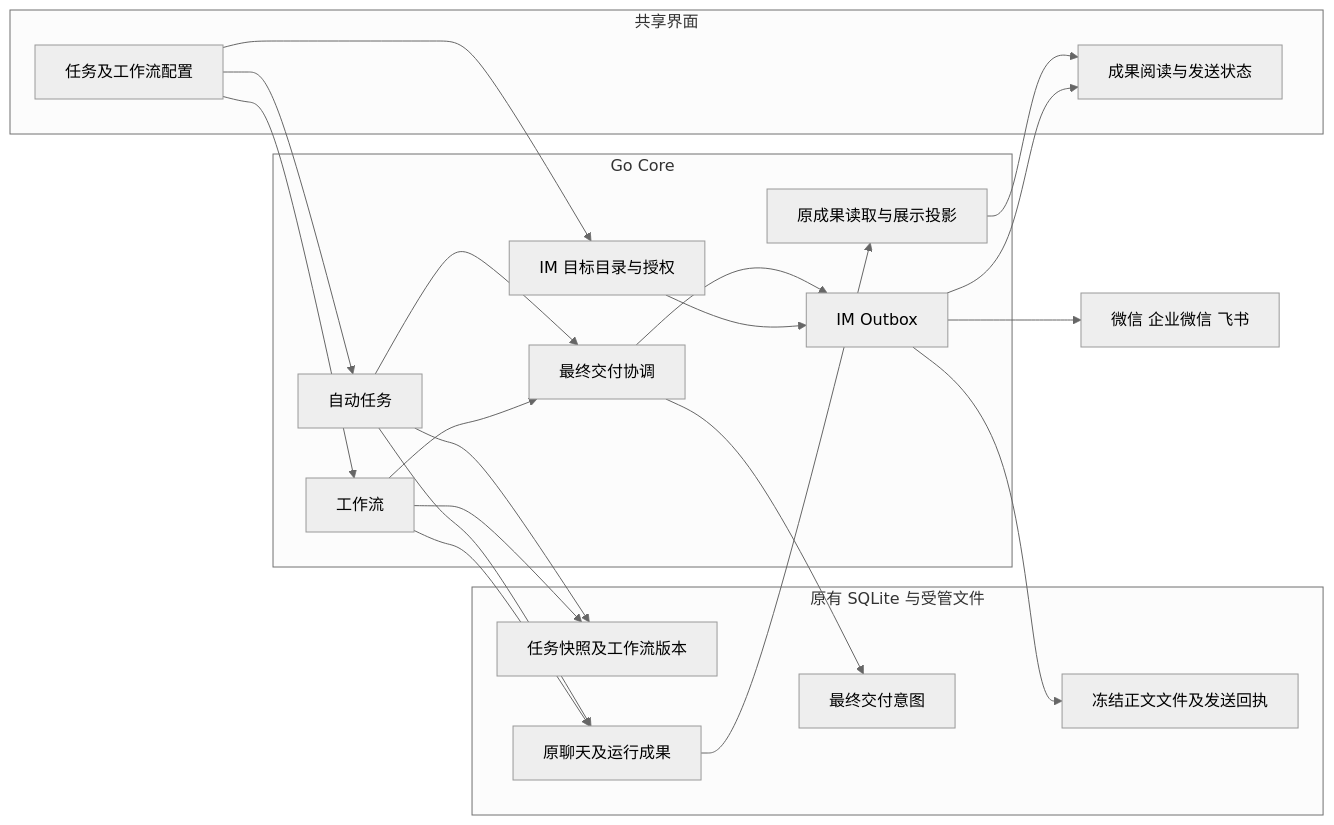
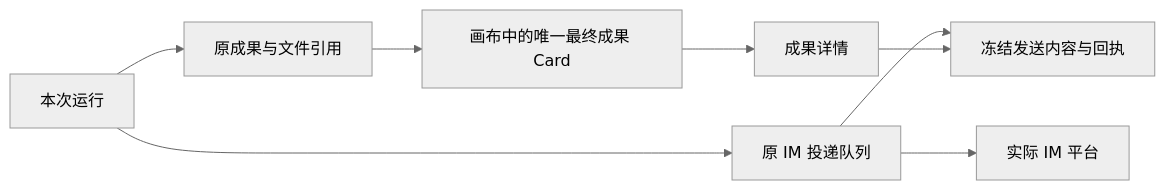
Before and after one commit to JieWaZi/NeuxBot: the diagram in docs/discussions/automatic-task-workflow-delivery-design-cn.md, drawn with Mermaid (neutral theme). The commit also changed other lines of this file and 20 other files, not shown here.

````diff
--- a/docs/discussions/automatic-task-workflow-delivery-design-cn.md
+++ b/docs/discussions/automatic-task-workflow-delivery-design-cn.md
@@ -67,38 +184,10 @@
 ```mermaid
 flowchart LR
-  subgraph UI[共享界面]
-    Config[任务及工作流配置]
-    Read[成果阅读与发送状态]
-  end
-  subgraph Core[Go Core]
-    Directory[IM 目标目录与授权]
-    Schedule[自动任务]
-    Workflow[工作流]
-    Result[原成果读取与展示投影]
-    Delivery[最终交付协调]
-    Outbox[IM Outbox]
-  end
-  subgraph Store[原有 SQLite 与受管文件]
-    Sources[任务快照及工作流版本]
-    Original[原聊天及运行成果]
-    Intents[最终交付意图]
-    Messages[冻结正文文件及发送回执]
-  end
-  Config --> Directory
-  Config --> Schedule
-  Config --> Workflow
-  Schedule --> Sources
-  Workflow --> Sources
-  Schedule --> Original
-  Workflow --> Original
-  Original --> Result
-  Result --> Read
-  Schedule --> Delivery
-  Workflow --> Delivery
-  Delivery --> Intents
-  Delivery --> Outbox
-  Directory --> Outbox
-  Outbox --> Messages
-  Outbox --> IM[微信 企业微信 飞书]
-  Outbox --> Read
+  Run[本次运行] --> Result[原成果与文件引用]
+  Result --> Card[画布中的唯一最终成果 Card]
+  Card --> Detail[成果详情]
+  Run --> Delivery[原 IM 投递队列]
+  Delivery --> Platform[实际 IM 平台]
+  Delivery --> History[冻结发送内容与回执]
+  Detail --> History
 ```
````
